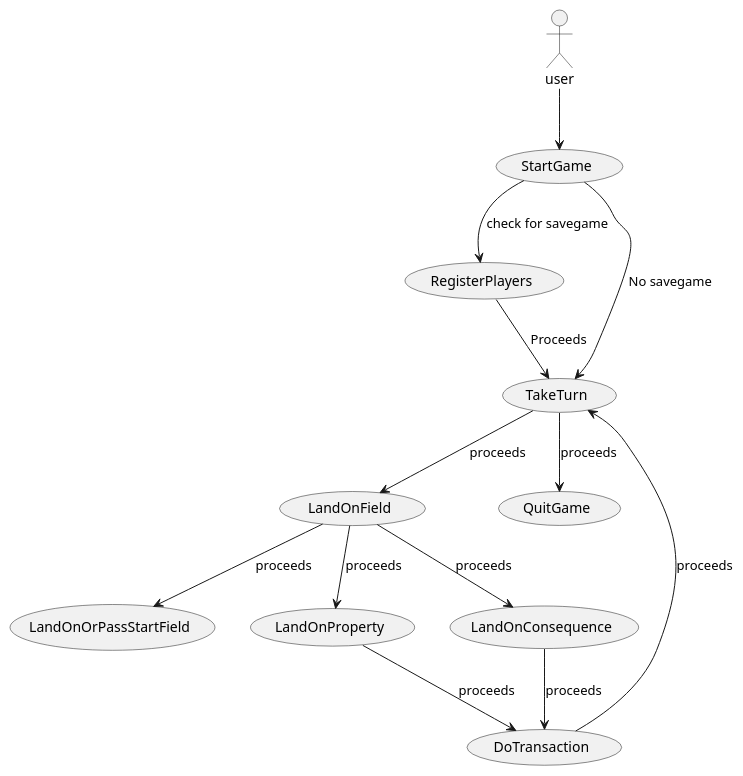
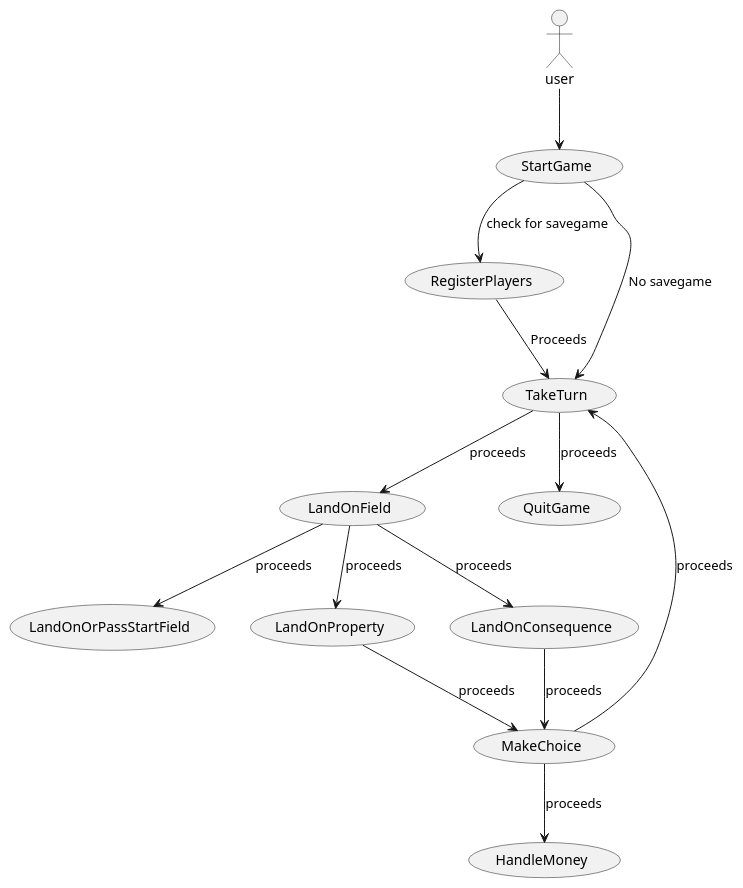
Before and after one commit to coerth/Opgaver: the diagram in Arbejdsmappe/IntelliJ/bank/src/Use Case Diagram.puml, drawn with PlantUML. The commit also changed 24 other files, not shown here.

```diff
--- a/Arbejdsmappe/IntelliJ/bank/src/Use Case Diagram.puml
+++ b/Arbejdsmappe/IntelliJ/bank/src/Use Case Diagram.puml
@@ -1,30 +1,32 @@
 @startuml
 'https://plantuml.com/use-case-diagram
 
 
 actor user as u
 
   usecase "StartGame" as UCA1
   usecase "RegisterPlayers" as UCA2
 
   usecase "TakeTurn" as UC1
   usecase "LandOnField" as UC2
   usecase "LandOnOrPassStartField" as UC3
   usecase "LandOnProperty" as UC4
   usecase "LandOnConsequence" as UC5
-  usecase "DoTransaction" as UC6
+  usecase "HandleMoney" as UC6
  usecase "QuitGame" as UC7
+ usecase "MakeChoice" as UC8
 
 u --> (UCA1)
 (UCA1) --> (UC1) : No savegame
 (UCA1) --> (UCA2) : check for savegame
 (UCA2) --> (UC1) : Proceeds
 (UC1) --> (UC2) : proceeds
 (UC2) --> (UC4) : proceeds
 (UC2) --> (UC5) : proceeds
 (UC2) --> (UC3) : proceeds
-(UC4) --> (UC6) : proceeds
-(UC5) --> (UC6) : proceeds
-(UC6) --> (UC1) : proceeds
+(UC4) --> (UC8) : proceeds
+(UC5) --> (UC8) : proceeds
+(UC8) --> (UC6) : proceeds
+(UC8) --> (UC1) : proceeds
 (UC1) --> (UC7) : proceeds
 @enduml
```
